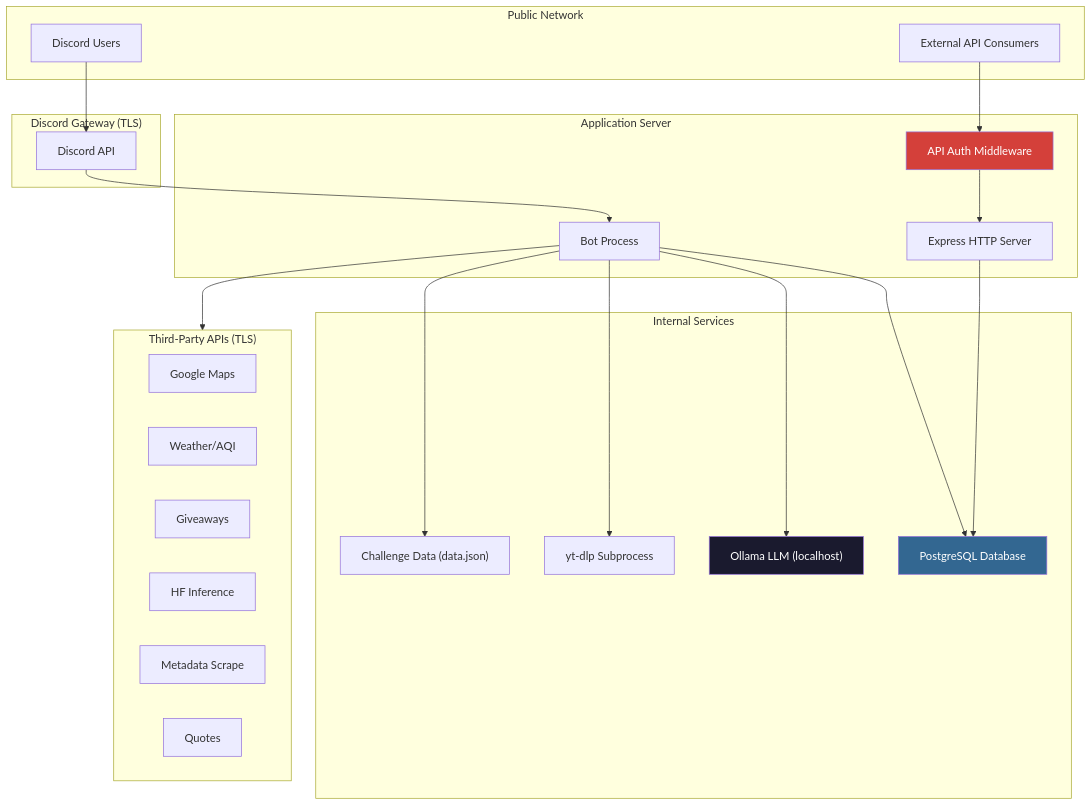
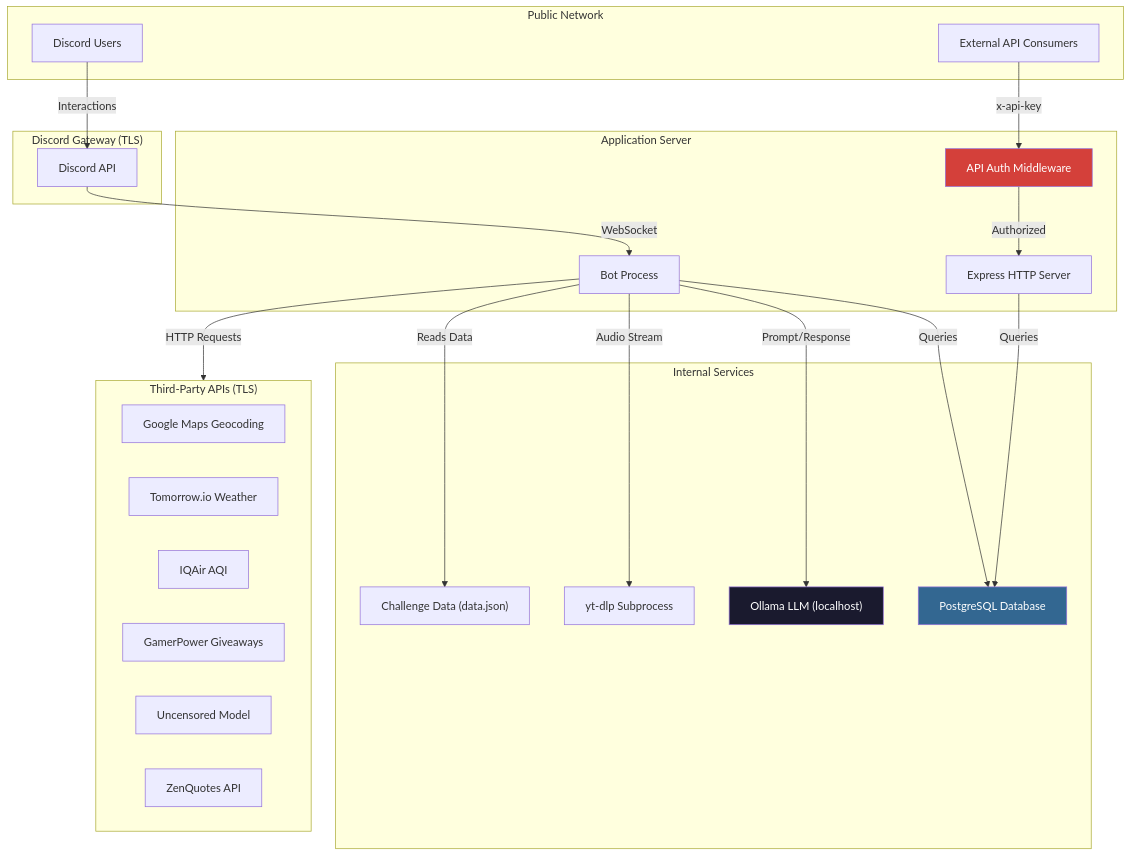
Before and after one commit to ranveerminhas0/nxtgencore: the first of 3 diagrams in SECURITY.md, drawn with Mermaid. The commit also changed 1 other file, not shown here.

Commit message:
feat: add new /purge command to moderation system (#36)

````diff
--- a/SECURITY.md
+++ b/SECURITY.md
@@ -11,49 +11,49 @@
 ```mermaid
-graph TD
+graph TB
     subgraph Public["Public Network"]
         U["Discord Users"]
         EXT["External API Consumers"]
     end
 
     subgraph Discord["Discord Gateway (TLS)"]
         API["Discord API"]
     end
 
     subgraph Server["Application Server"]
         BOT["Bot Process"]
         EXPRESS["Express HTTP Server"]
         AUTH["API Auth Middleware"]
     end
 
     subgraph Internal["Internal Services"]
         DB["PostgreSQL Database"]
-        AI_LOCAL["Ollama LLM (localhost)"]
+        AI["Ollama LLM (localhost)"]
         YTDLP["yt-dlp Subprocess"]
         JSON["Challenge Data (data.json)"]
     end
 
     subgraph ThirdParty["Third-Party APIs (TLS)"]
-        GOOGLE["Google Maps"]
-        WEATHER["Weather/AQI"]
-        GAMER["Giveaways"]
-        HF["HF Inference"]
-        SCRAPE["Metadata Scrape"]
-        ZEN["Quotes"]
+        GOOGLE["Google Maps Geocoding"]
+        WEATHER["Tomorrow.io Weather"]
+        IQAIR["IQAir AQI"]
+        GAMER["GamerPower Giveaways"]
+        HF["Uncensored Model"]
+        ZEN["ZenQuotes API"]
     end
 
-    U --> API
-    API --> BOT
-    BOT --> DB
-    BOT --> AI_LOCAL
-    BOT --> YTDLP
-    BOT --> JSON
-    BOT --> ThirdParty
+    U -->|Interactions| API
+    API -->|WebSocket| BOT
+    BOT -->|Queries| DB
+    BOT -->|Prompt/Response| AI
+    BOT -->|Audio Stream| YTDLP
+    BOT -->|Reads Data| JSON
+    BOT -->|HTTP Requests| ThirdParty
 
-    EXT --> AUTH
-    AUTH --> EXPRESS
-    EXPRESS --> DB
+    EXT -->|x-api-key| AUTH
+    AUTH -->|Authorized| EXPRESS
+    EXPRESS -->|Queries| DB
 
     style AUTH fill:#d4403a,color:#fff
     style DB fill:#336791,color:#fff
-    style AI_LOCAL fill:#1a1a2e,color:#fff
+    style AI fill:#1a1a2e,color:#fff
 ```
````
